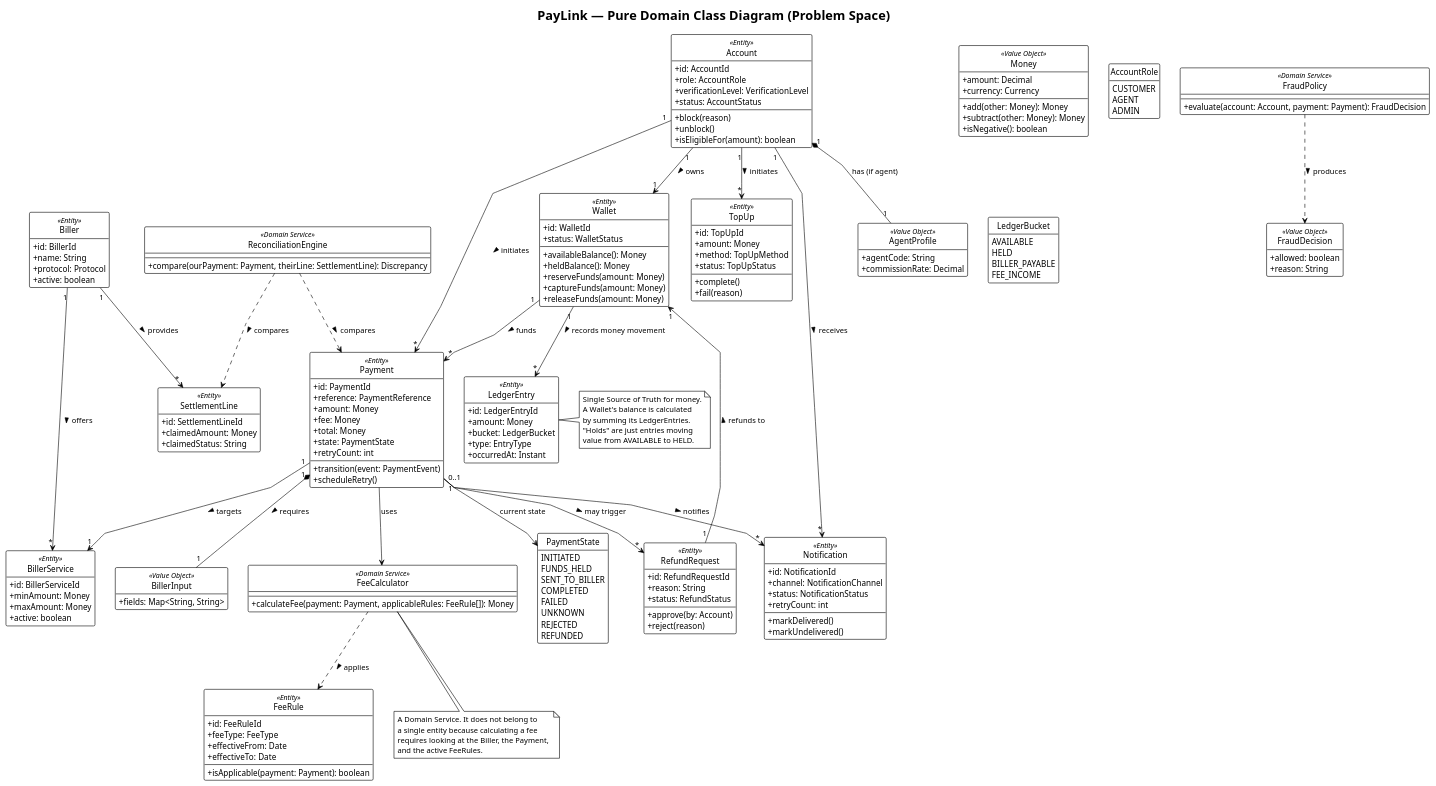
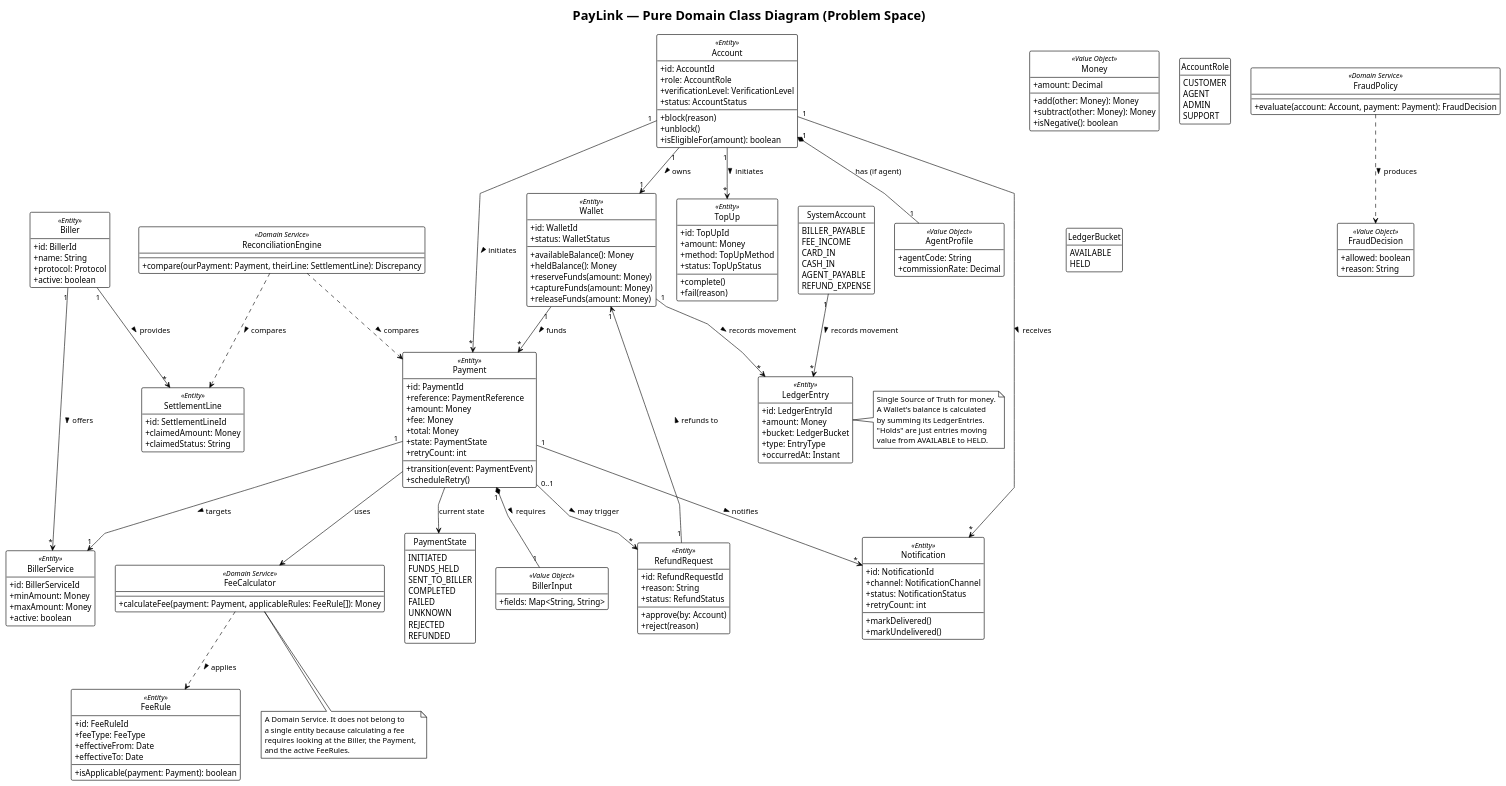
The diagram in docs/design/DomainClass-Diagram.puml (T0-kyo/PayLink), drawn with PlantUML before and after one commit.

Commit message:
add system account, remove currency

```diff
--- a/docs/design/DomainClass-Diagram.puml
+++ b/docs/design/DomainClass-Diagram.puml
@@ -118,7 +118,6 @@
 
 class Money <<Value Object>> {
   +amount: Decimal
-  +currency: Currency
   --
   +add(other: Money): Money
   +subtract(other: Money): Money
@@ -174,13 +173,21 @@
   CUSTOMER
   AGENT
   ADMIN
+  SUPPORT
 }
 
 enum LedgerBucket {
   AVAILABLE
   HELD
+}
+
+enum SystemAccount {
   BILLER_PAYABLE
   FEE_INCOME
+  CARD_IN
+  CASH_IN
+  AGENT_PAYABLE
+  REFUND_EXPENSE
 }
 
 ' ============================================================
@@ -191,7 +198,10 @@
 Account "1" --> "1" Wallet : owns >
 Account "1" *-- "1" AgentProfile : has (if agent)
 Account "1" --> "*" TopUp : initiates >
-Wallet "1" --> "*" LedgerEntry : records money movement >
+
+' Ledger Double-Entry Accounting
+Wallet "1" --> "*" LedgerEntry : records movement >
+SystemAccount "1" --> "*" LedgerEntry : records movement >
 
 ' Payments Flow
 Account "1" --> "*" Payment : initiates >
```
